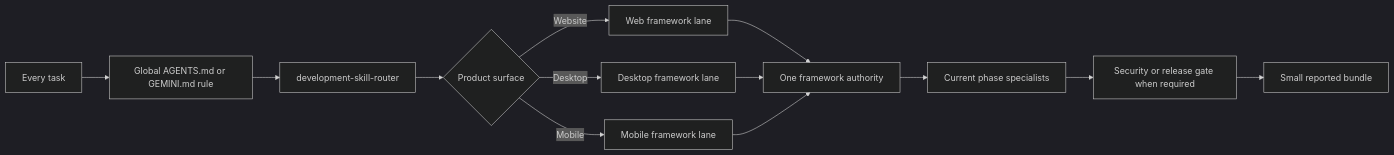
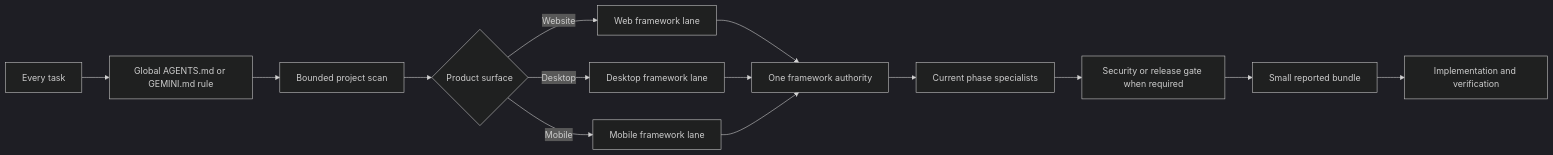
Before and after one commit to ammasyaa/bundle-useful-skills: the first of 2 diagrams in README.md, drawn with Mermaid (dark theme). The commit also changed other lines of this file and 10 other files, not shown here.

````diff
--- a/README.md
+++ b/README.md
@@ -63,15 +66,16 @@
 ```mermaid
 flowchart LR
     A[Every task] --> B[Global AGENTS.md or GEMINI.md rule]
-    B --> C[development-skill-router]
+    B --> C[Bounded project scan]
     C --> D{Product surface}
     D -->|Website| E[Web framework lane]
     D -->|Desktop| F[Desktop framework lane]
     D -->|Mobile| G[Mobile framework lane]
     E --> H[One framework authority]
     F --> H
     G --> H
     H --> I[Current phase specialists]
     I --> J[Security or release gate when required]
     J --> K[Small reported bundle]
+    K --> L[Implementation and verification]
 ```
````
